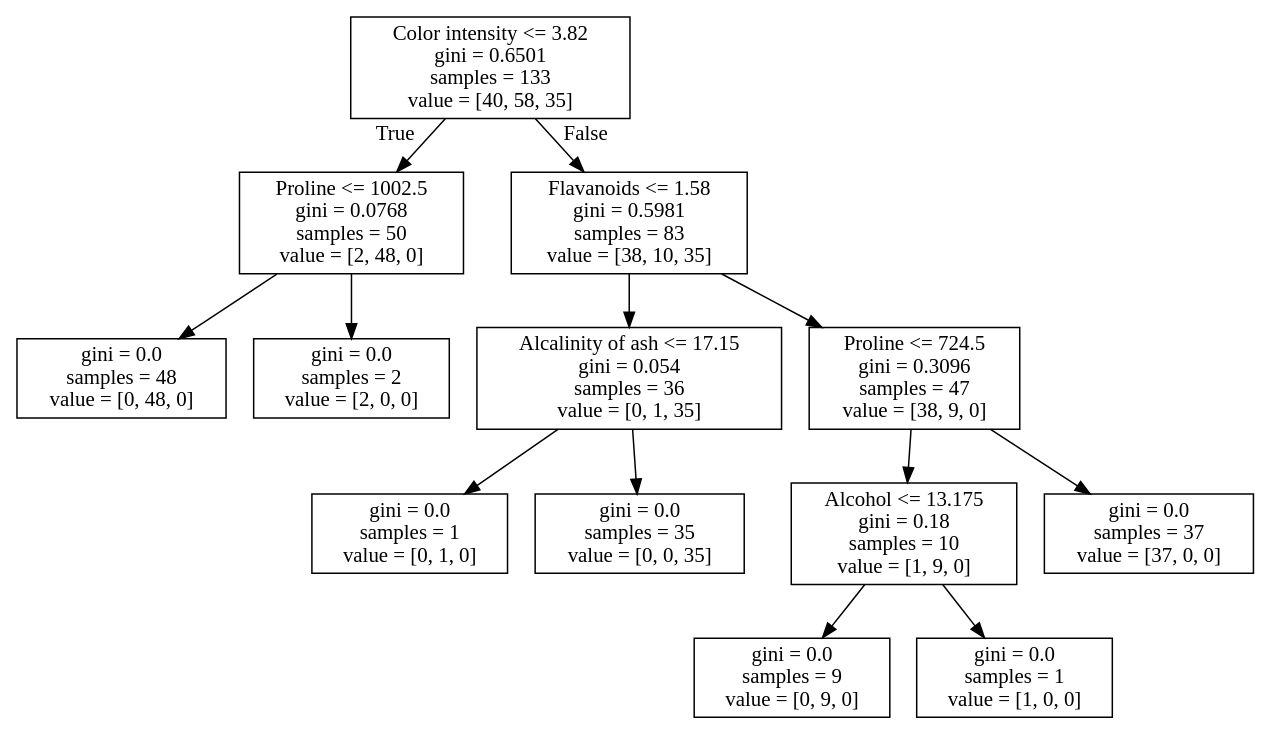
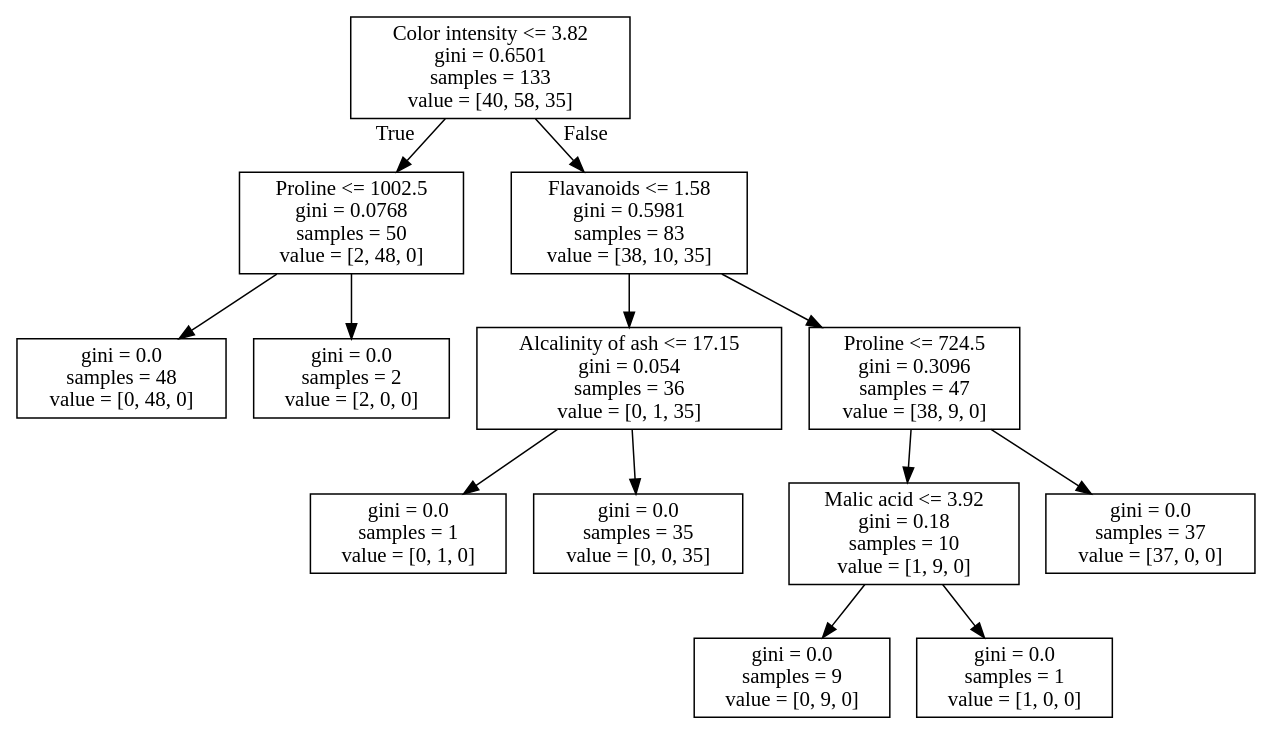
One commit to AnilKumarTeegala/DSE220_Machine_Learning changed the diagram in IPynb/workfile.dot. Above: the diagram before and after it, drawn with Graphviz. The commit also changed 5 other files, not shown here.

```diff
--- a/IPynb/workfile.dot
+++ b/IPynb/workfile.dot
@@ -1,28 +1,28 @@
 digraph Tree {
 node [shape=box] ;
 0 [label="Color intensity <= 3.82\ngini = 0.6501\nsamples = 133\nvalue = [40, 58, 35]"] ;
 1 [label="Proline <= 1002.5\ngini = 0.0768\nsamples = 50\nvalue = [2, 48, 0]"] ;
 0 -> 1 [labeldistance=2.5, labelangle=45, headlabel="True"] ;
 2 [label="gini = 0.0\nsamples = 48\nvalue = [0, 48, 0]"] ;
 1 -> 2 ;
 3 [label="gini = 0.0\nsamples = 2\nvalue = [2, 0, 0]"] ;
 1 -> 3 ;
 4 [label="Flavanoids <= 1.58\ngini = 0.5981\nsamples = 83\nvalue = [38, 10, 35]"] ;
 0 -> 4 [labeldistance=2.5, labelangle=-45, headlabel="False"] ;
 5 [label="Alcalinity of ash <= 17.15\ngini = 0.054\nsamples = 36\nvalue = [0, 1, 35]"] ;
 4 -> 5 ;
 6 [label="gini = 0.0\nsamples = 1\nvalue = [0, 1, 0]"] ;
 5 -> 6 ;
 7 [label="gini = 0.0\nsamples = 35\nvalue = [0, 0, 35]"] ;
 5 -> 7 ;
 8 [label="Proline <= 724.5\ngini = 0.3096\nsamples = 47\nvalue = [38, 9, 0]"] ;
 4 -> 8 ;
-9 [label="Alcohol <= 13.175\ngini = 0.18\nsamples = 10\nvalue = [1, 9, 0]"] ;
+9 [label="Malic acid <= 3.92\ngini = 0.18\nsamples = 10\nvalue = [1, 9, 0]"] ;
 8 -> 9 ;
 10 [label="gini = 0.0\nsamples = 9\nvalue = [0, 9, 0]"] ;
 9 -> 10 ;
 11 [label="gini = 0.0\nsamples = 1\nvalue = [1, 0, 0]"] ;
 9 -> 11 ;
 12 [label="gini = 0.0\nsamples = 37\nvalue = [37, 0, 0]"] ;
 8 -> 12 ;
 }
```
